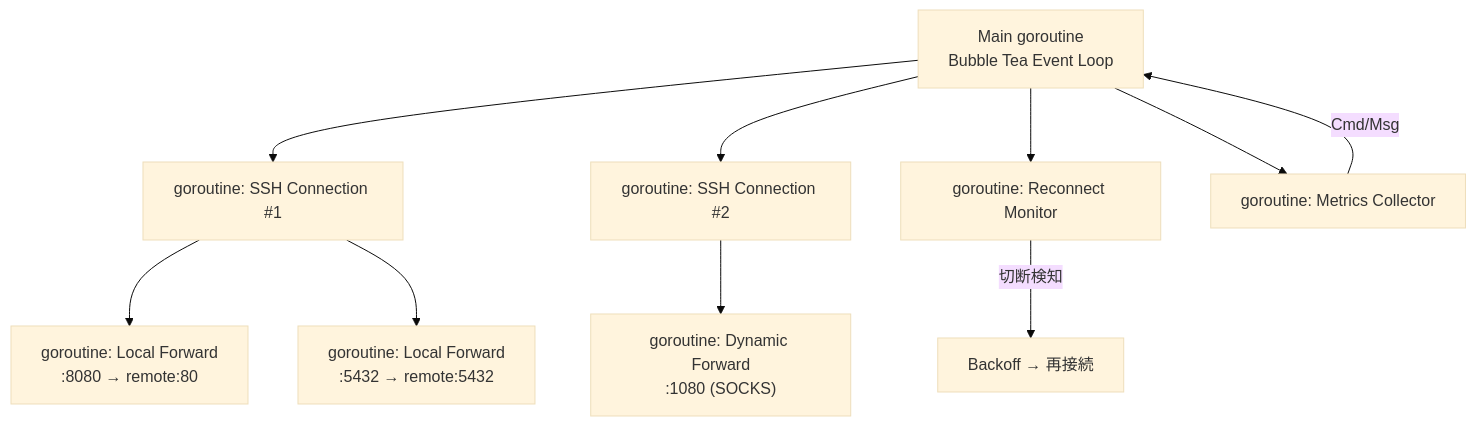
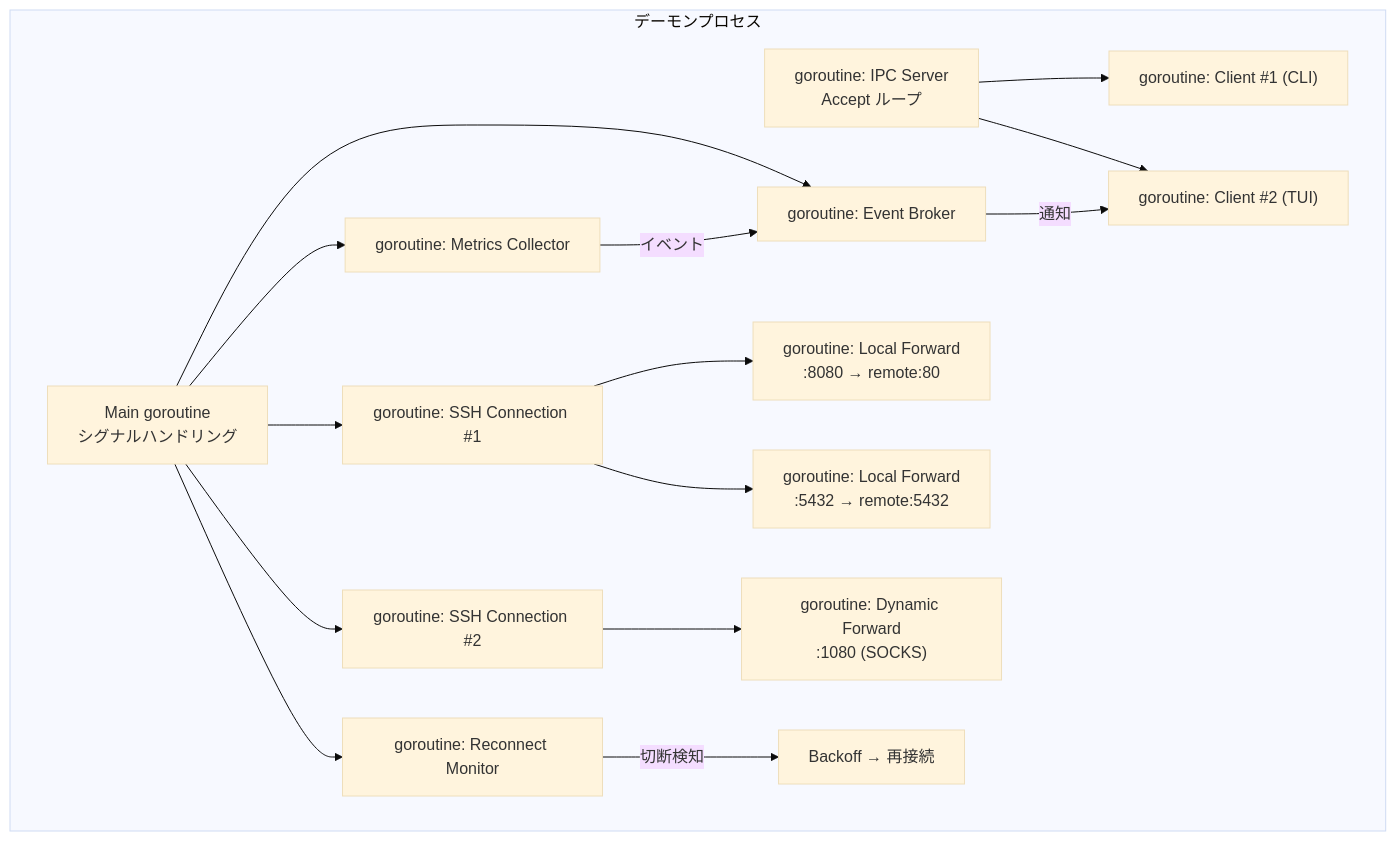
The tenth of 11 diagrams in docs/architecture/overview.md (ousiassllc/MolePort), drawn with Mermaid (base theme) before and after one commit. The commit also changed other lines of this file, not shown here.

````diff
--- a/docs/architecture/overview.md
+++ b/docs/architecture/overview.md
@@ -285,16 +441,24 @@
 ```mermaid
 graph TD
-    Main["Main goroutine<br/>Bubble Tea Event Loop"]
+    subgraph Daemon["デーモンプロセス"]
+        Main["Main goroutine<br/>シグナルハンドリング"]
+        IPC["goroutine: IPC Server<br/>Accept ループ"]
 
-    Main --> Conn1["goroutine: SSH Connection #1"]
-    Main --> Conn2["goroutine: SSH Connection #2"]
-    Main --> Monitor["goroutine: Reconnect Monitor"]
-    Main --> Metrics["goroutine: Metrics Collector"]
+        IPC --> Client1["goroutine: Client #1 (CLI)"]
+        IPC --> Client2["goroutine: Client #2 (TUI)"]
 
-    Conn1 --> Fwd1["goroutine: Local Forward<br/>:8080 → remote:80"]
-    Conn1 --> Fwd2["goroutine: Local Forward<br/>:5432 → remote:5432"]
-    Conn2 --> Fwd3["goroutine: Dynamic Forward<br/>:1080 (SOCKS)"]
+        Main --> Conn1["goroutine: SSH Connection #1"]
+        Main --> Conn2["goroutine: SSH Connection #2"]
+        Main --> Monitor["goroutine: Reconnect Monitor"]
+        Main --> Metrics["goroutine: Metrics Collector"]
+        Main --> Broker["goroutine: Event Broker"]
 
-    Monitor --> |切断検知| Reconnect["Backoff → 再接続"]
-    Metrics --> |Cmd/Msg| Main
+        Conn1 --> Fwd1["goroutine: Local Forward<br/>:8080 → remote:80"]
+        Conn1 --> Fwd2["goroutine: Local Forward<br/>:5432 → remote:5432"]
+        Conn2 --> Fwd3["goroutine: Dynamic Forward<br/>:1080 (SOCKS)"]
+
+        Monitor --> |切断検知| Reconnect["Backoff → 再接続"]
+        Metrics --> |イベント| Broker
+        Broker --> |通知| Client2
+    end
 ```
````
